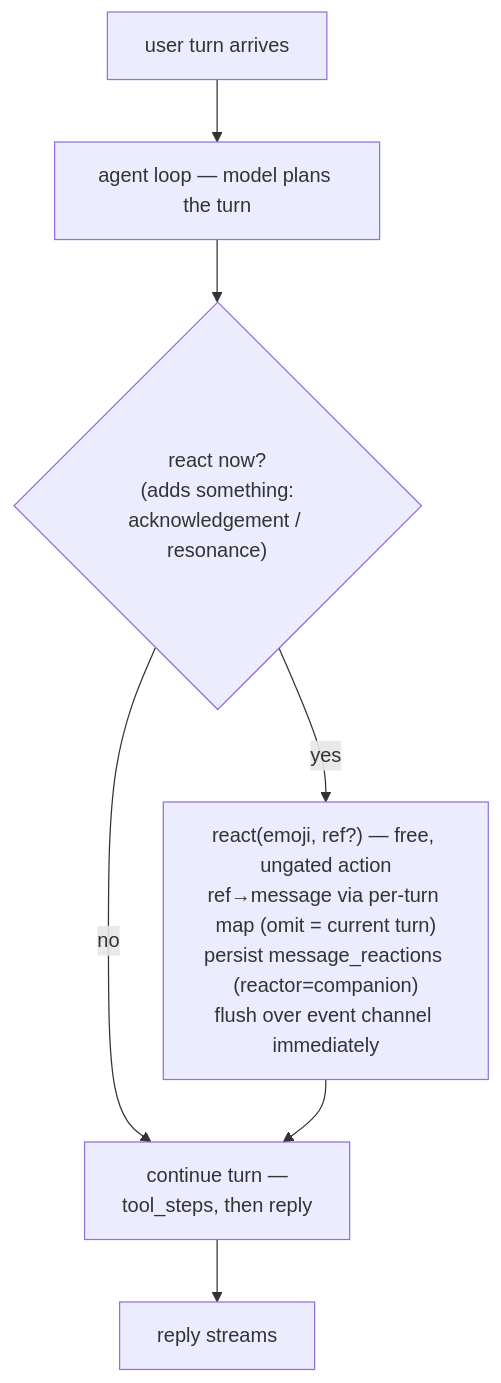
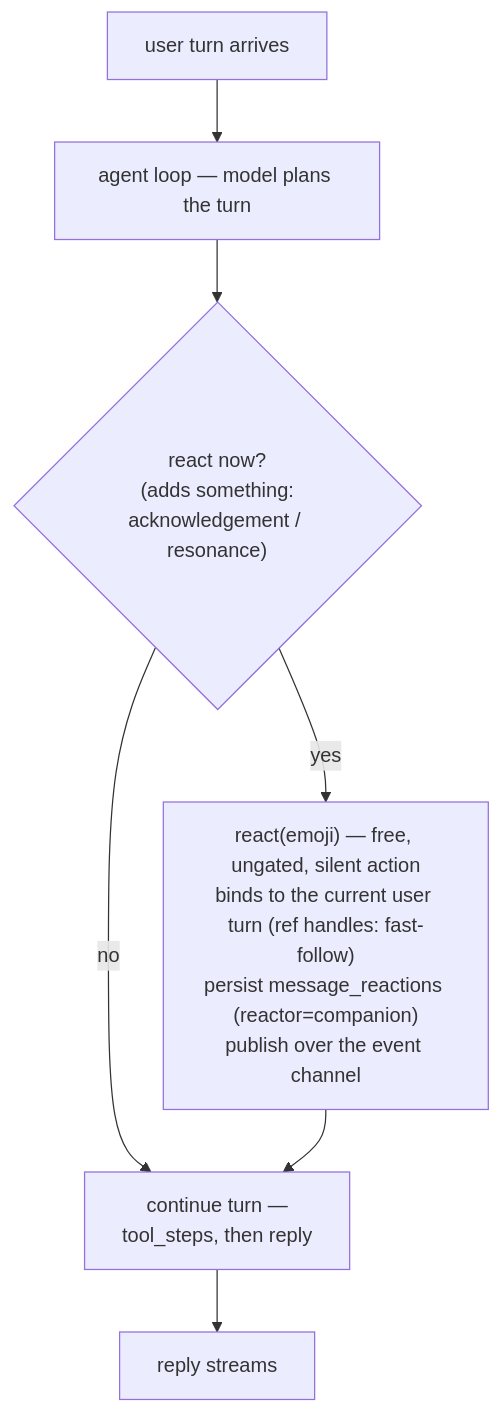
One commit to CobbleStamp/CobbleCompanion changed the third of 5 diagrams in docs/companion-reactions.md. Above: the diagram before and after it, drawn with Mermaid. The commit also changed other lines of this file and 13 other files, not shown here.

First line of the commit message:
feat(reactions): Phase D — the companion's expressive react action

````diff
--- a/docs/companion-reactions.md
+++ b/docs/companion-reactions.md
@@ -163,9 +175,9 @@
 ```mermaid
 flowchart TD
     A["user turn arrives"] --> B["agent loop — model plans the turn"]
     B --> R{"react now?<br/>(adds something:<br/>acknowledgement / resonance)"}
-    R -->|yes| EMIT["react(emoji, ref?) — free, ungated action<br/>ref→message via per-turn map (omit = current turn)<br/>persist message_reactions (reactor=companion)<br/>flush over event channel immediately"]
+    R -->|yes| EMIT["react(emoji) — free, ungated, silent action<br/>binds to the current user turn (ref handles: fast-follow)<br/>persist message_reactions (reactor=companion)<br/>publish over the event channel"]
     R -->|no| WORK
     EMIT --> WORK["continue turn —<br/>tool_steps, then reply"]
     WORK --> DONE["reply streams"]
 ```
````
